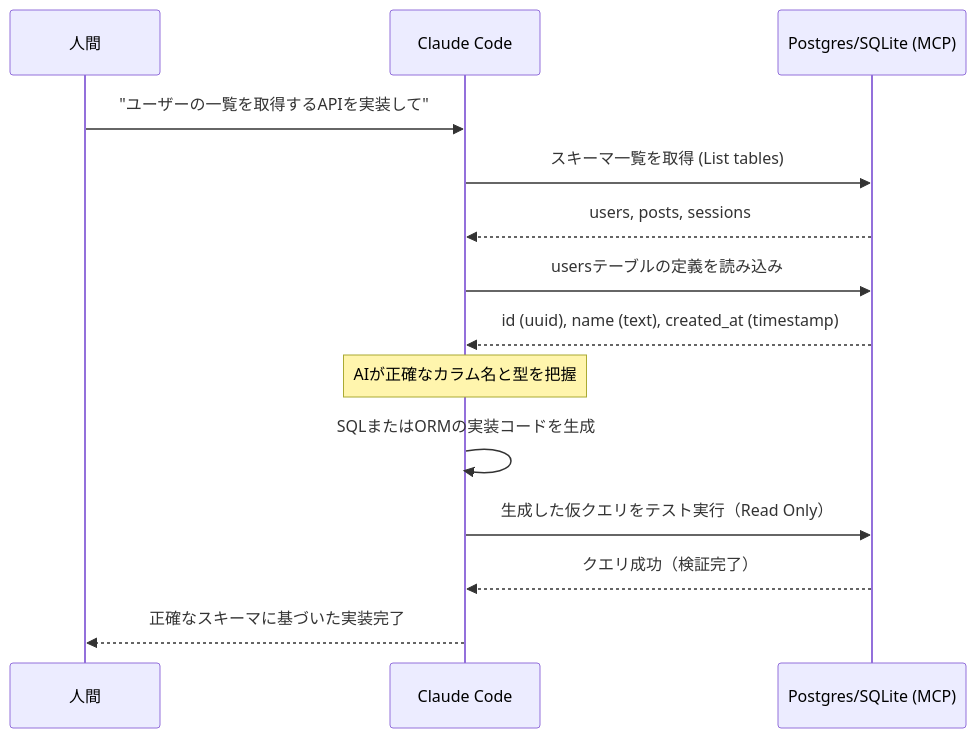
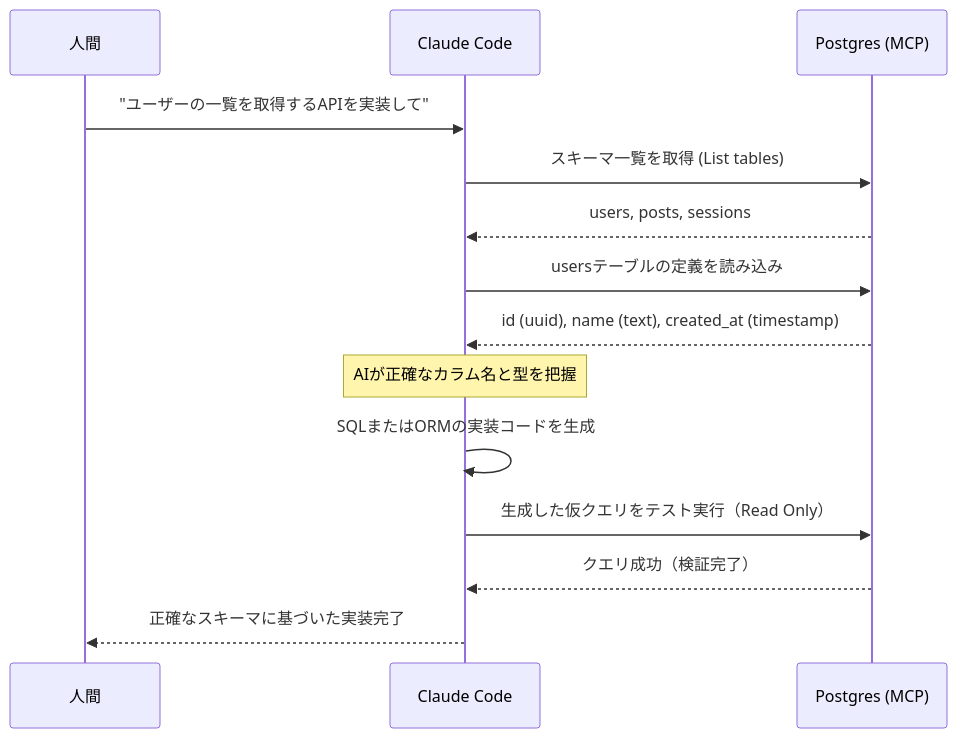
Before and after one commit to takuma39/ai: diagram 15 of 23 in AI駆動開発.md, drawn with Mermaid. The commit also changed other lines of this file, not shown here.

````diff
--- a/AI駆動開発.md
+++ b/AI駆動開発.md
@@ -1317,17 +1309,17 @@
 ```mermaid
 sequenceDiagram
     participant 人間
     participant CC as Claude Code
-    participant DB as Postgres/SQLite (MCP)
+    participant DB as Postgres (MCP)
     
     人間->>CC: "ユーザーの一覧を取得するAPIを実装して"
     CC->>DB: スキーマ一覧を取得 (List tables)
     DB-->>CC: users, posts, sessions
     CC->>DB: usersテーブルの定義を読み込み
     DB-->>CC: id (uuid), name (text), created_at (timestamp)
     Note over CC: AIが正確なカラム名と型を把握
     CC->>CC: SQLまたはORMの実装コードを生成
     CC->>DB: 生成した仮クエリをテスト実行（Read Only）
     DB-->>CC: クエリ成功（検証完了）
     CC-->>人間: 正確なスキーマに基づいた実装完了
 ```
````
